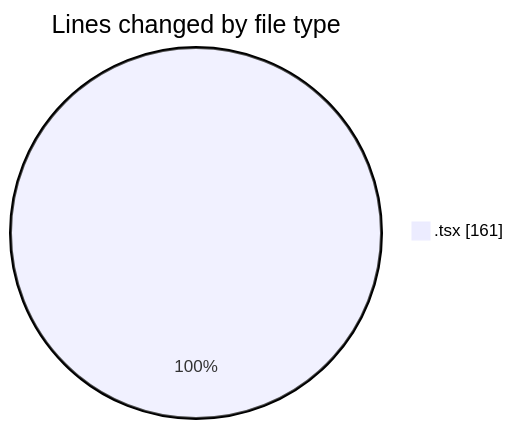
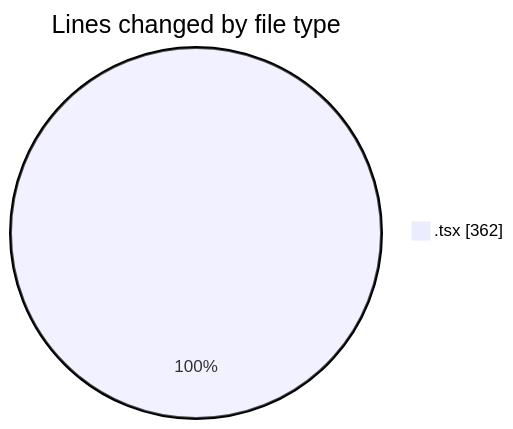
Before and after one commit to ecomensa/code-tracking: the first of 2 diagrams in 2025-03-09/src/README.md, drawn with Mermaid. The commit also changed other lines of this file and 1 other file, not shown here.

````diff
--- a/2025-03-09/src/README.md
+++ b/2025-03-09/src/README.md
@@ -21,5 +21,5 @@
 ```mermaid
 pie showData
 title Lines changed by file type
-".tsx" : 161
+".tsx" : 362
 ```
````
